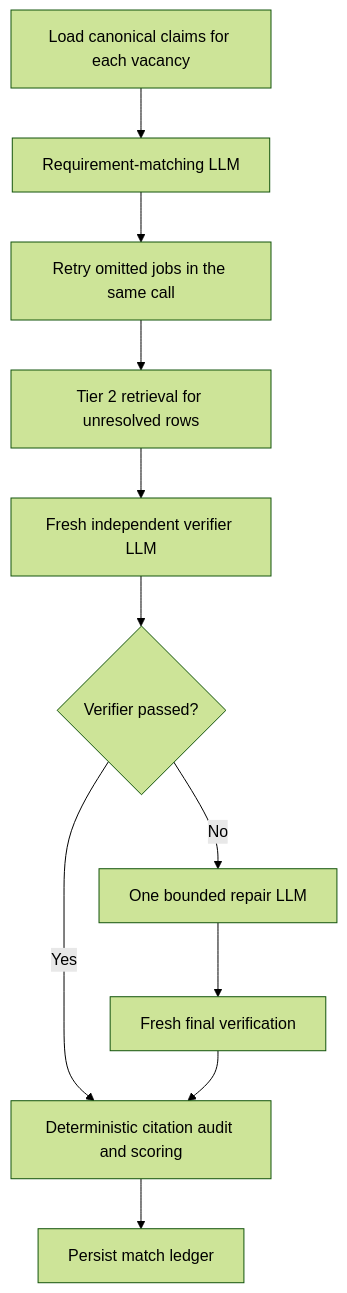
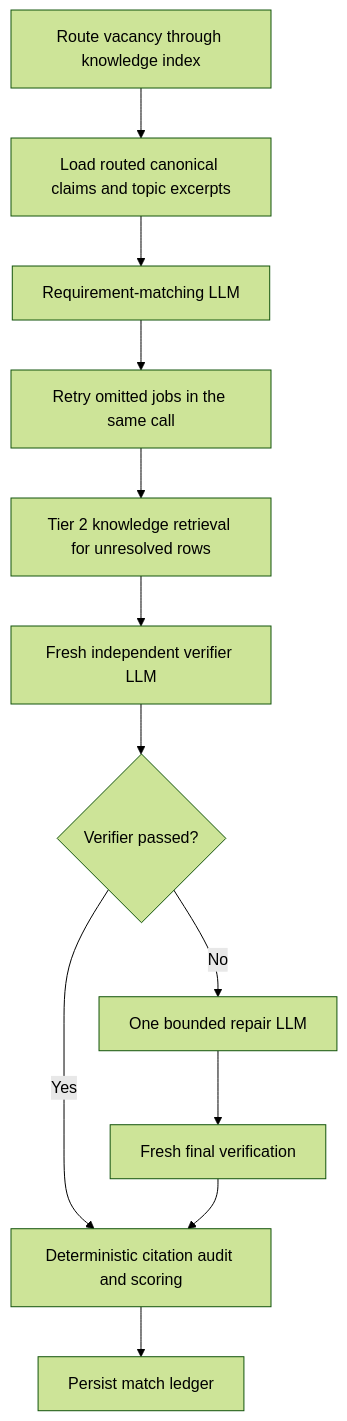
One commit to stanieltron/rolegain changed the diagram in src/03-match/01-requirement-matching/README.md. Above: the diagram before and after it, drawn with Mermaid (forest theme). The commit also changed other lines of this file and 116 other files, not shown here.

````diff
--- a/src/03-match/01-requirement-matching/README.md
+++ b/src/03-match/01-requirement-matching/README.md
@@ -24,13 +26,14 @@
 ```mermaid
 flowchart TD
-    A["Load canonical claims for each vacancy"] --> B["Requirement-matching LLM"]
-    B --> C["Retry omitted jobs in the same call"]
-    C --> D["Tier 2 retrieval for unresolved rows"]
-    D --> E["Fresh independent verifier LLM"]
-    E --> F{"Verifier passed?"}
-    F -->|"No"| G["One bounded repair LLM"]
-    G --> H["Fresh final verification"]
-    F -->|"Yes"| I["Deterministic citation audit and scoring"]
-    H --> I
-    I --> J["Persist match ledger"]
+    A["Route vacancy through knowledge index"] --> B["Load routed canonical claims and topic excerpts"]
+    B --> C["Requirement-matching LLM"]
+    C --> D["Retry omitted jobs in the same call"]
+    D --> E["Tier 2 knowledge retrieval for unresolved rows"]
+    E --> F["Fresh independent verifier LLM"]
+    F --> G{"Verifier passed?"}
+    G -->|"No"| H["One bounded repair LLM"]
+    H --> I["Fresh final verification"]
+    G -->|"Yes"| J["Deterministic citation audit and scoring"]
+    I --> J
+    J --> K["Persist match ledger"]
 ```
````
